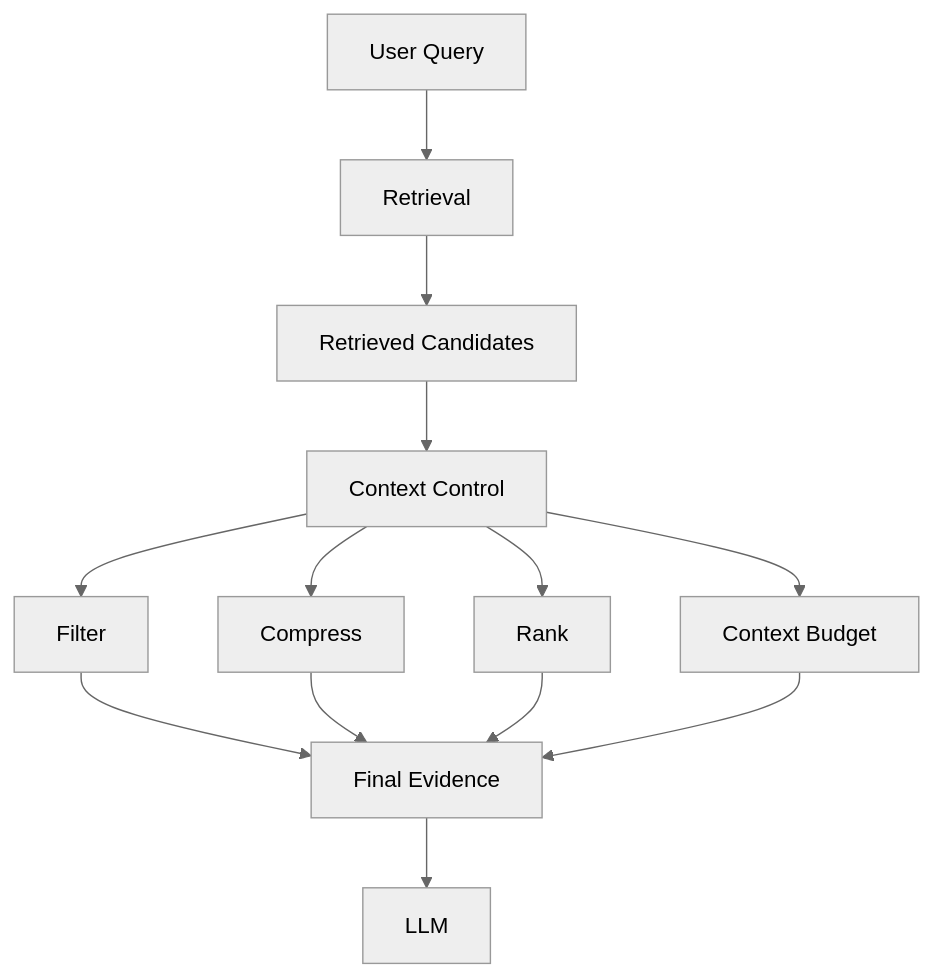
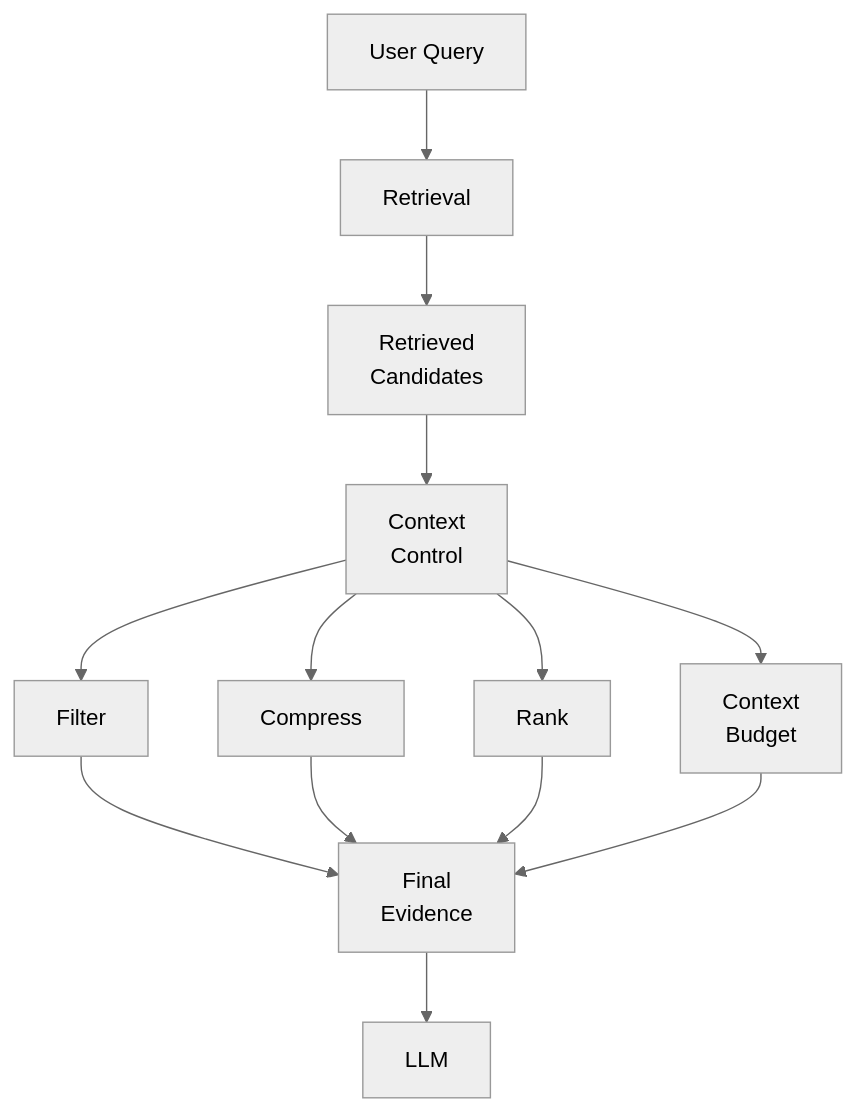
One commit to MihirKJha/enterprise-ai-blog changed the first of 6 diagrams in docs/architecture-insights/genai-and-rag/3.1-engineering-the-context-control-layer-for-enterprise-retrieval.md. Above: the diagram before and after it, drawn with Mermaid (neutral theme). The commit also changed other lines of this file, not shown here.

First line of the commit message:
Updated 3.1-engineering-the-context-control-layer-for-enterprise-retrieval.md

````diff
--- a/docs/architecture-insights/genai-and-rag/3.1-engineering-the-context-control-layer-for-enterprise-retrieval.md
+++ b/docs/architecture-insights/genai-and-rag/3.1-engineering-the-context-control-layer-for-enterprise-retrieval.md
@@ -97,18 +97,18 @@
 ```mermaid
 graph TD
     A[User Query] --> B[Retrieval]
-    B --> C[Retrieved Candidates]
-    C --> D[Context Control]
+    B --> C[Retrieved<br/>Candidates]
+    C --> D[Context<br/>Control]
 
     D --> E[Filter]
     D --> F[Compress]
     D --> G[Rank]
-    D --> H[Context Budget]
+    D --> H[Context<br/>Budget]
 
-    E --> I[Final Evidence]
+    E --> I[Final<br/>Evidence]
     F --> I
     G --> I
     H --> I
 
     I --> J[LLM]
 ```
````
